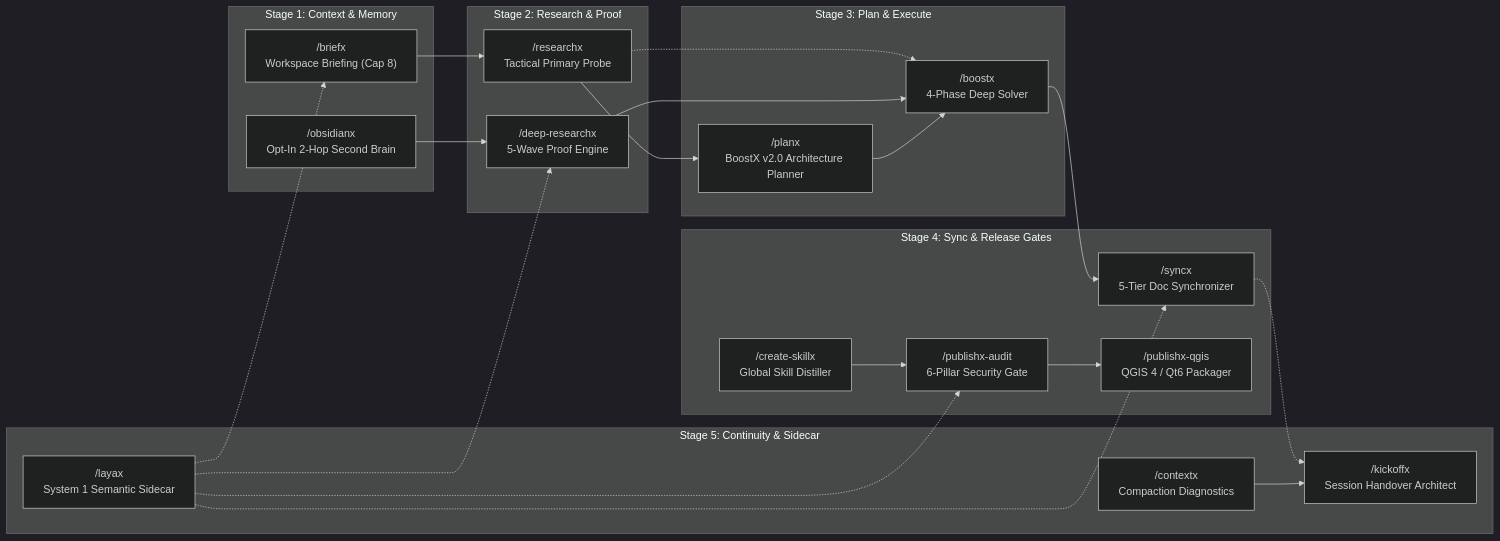
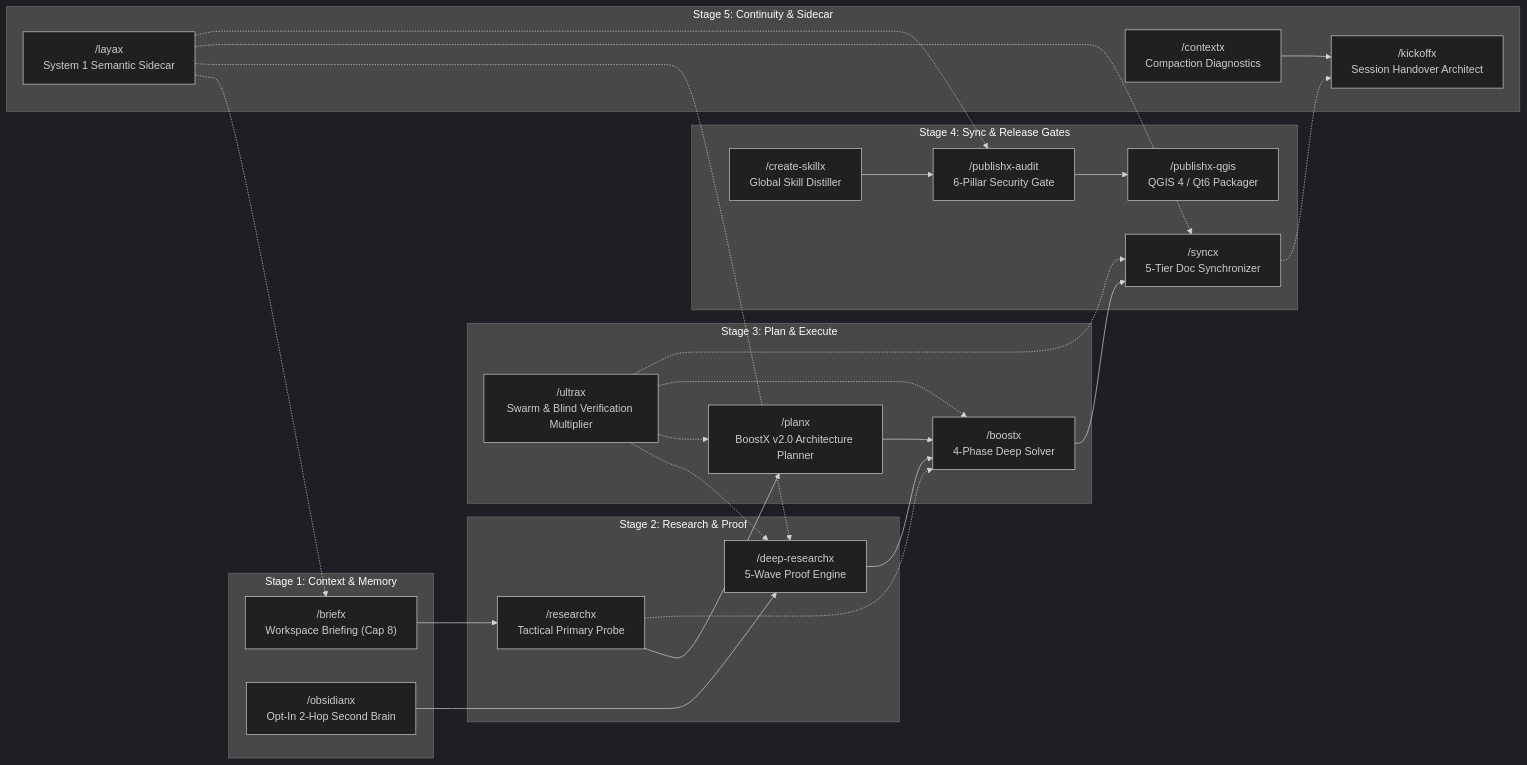
The first of 2 diagrams in README.md (iscvlab/boostx), drawn with Mermaid (dark theme) before and after one commit. The commit also changed other lines of this file and 27 other files, not shown here.

````diff
--- a/README.md
+++ b/README.md
@@ -28,42 +28,47 @@
 ```mermaid
 graph LR
     subgraph S1["Stage 1: Context & Memory"]
         BX["/briefx<br>Workspace Briefing (Cap 8)"]
         OX["/obsidianx<br>Opt-In 2-Hop Second Brain"]
     end
     subgraph S2["Stage 2: Research & Proof"]
         RX["/researchx<br>Tactical Primary Probe"]
         DRX["/deep-researchx<br>5-Wave Proof Engine"]
     end
     subgraph S3["Stage 3: Plan & Execute"]
         PLX["/planx<br>BoostX v2.0 Architecture Planner"]
         BSX["/boostx<br>4-Phase Deep Solver"]
+        ULX["/ultrax<br>Swarm & Blind Verification Multiplier"]
     end
     subgraph S4["Stage 4: Sync & Release Gates"]
         SX["/syncx<br>5-Tier Doc Synchronizer"]
         CSX["/create-skillx<br>Global Skill Distiller"]
         PAX["/publishx-audit<br>6-Pillar Security Gate"]
         PQX["/publishx-qgis<br>QGIS 4 / Qt6 Packager"]
     end
     subgraph S5["Stage 5: Continuity & Sidecar"]
         CTX["/contextx<br>Compaction Diagnostics"]
         KOX["/kickoffx<br>Session Handover Architect"]
         LX["/layax<br>System 1 Semantic Sidecar"]
     end
 
     BX --> RX
     OX --> DRX
     RX --> PLX
     RX -.-> BSX
     DRX --> BSX
     PLX --> BSX
+    ULX -.-> DRX
+    ULX -.-> PLX
+    ULX -.-> BSX
+    ULX -.-> SX
     BSX --> SX
     CSX --> PAX
     PAX --> PQX
     SX -.-> KOX
     CTX --> KOX
     LX -.-> BX
     LX -.-> DRX
     LX -.-> SX
     LX -.-> PAX
 ```
````
